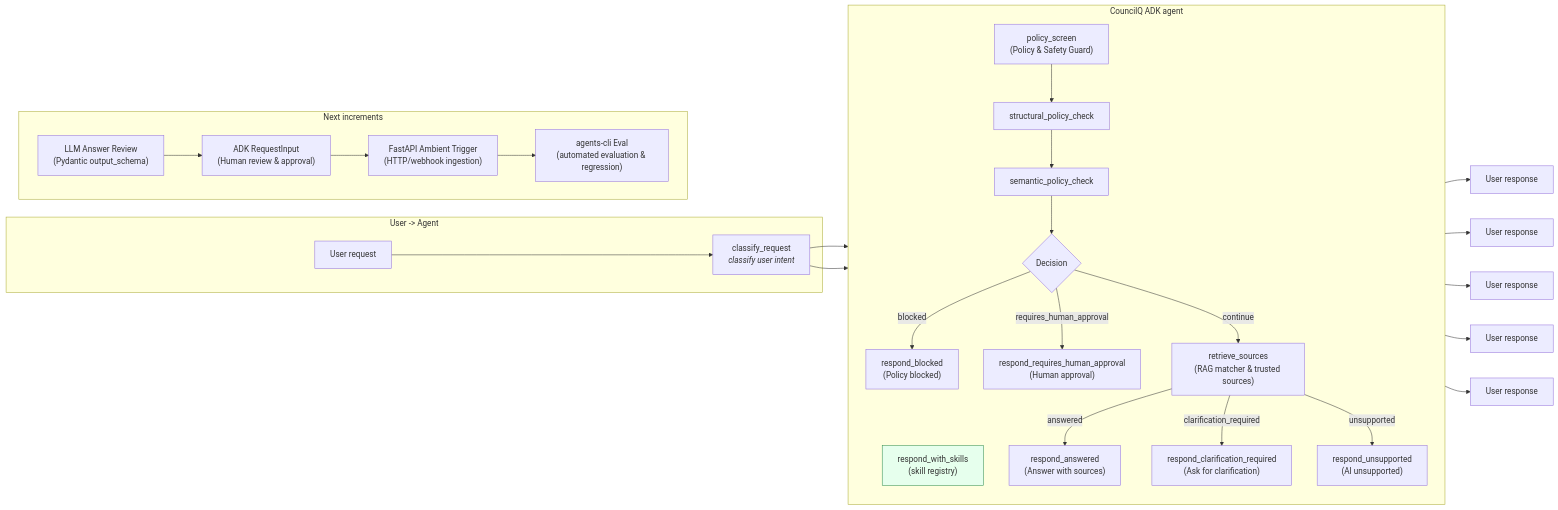
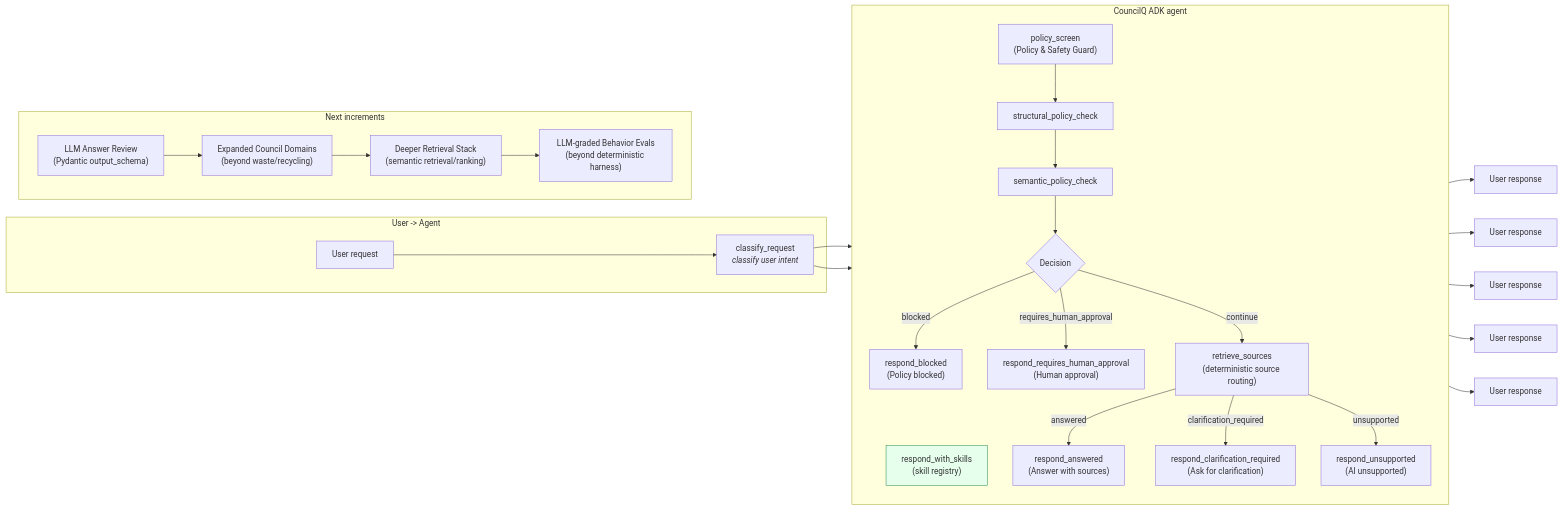
The diagram in docs/architecture.md (Ramisa1231/CouncilQ), drawn with Mermaid before and after one commit. The commit also changed other lines of this file and 19 other files, not shown here.

Commit message:
Implement MVP docs, eval harness, structured sources, live retrieval, and API

````diff
--- a/docs/architecture.md
+++ b/docs/architecture.md
@@ -5,45 +5,45 @@
  ```mermaid
  flowchart LR
    subgraph user_flow [User -> Agent]
      U["User request"] --> C[classify_request<br/><i>classify user intent</i>]
    end
 
    subgraph core_agent [CouncilQ ADK agent]
      direction TB
      C --> S["respond_with_skills<br/>(skill registry)"]
      C --> P["policy_screen<br/>(Policy & Safety Guard)"]
 
      P --> PS1["structural_policy_check"]
      PS1 --> PS2["semantic_policy_check"]
      PS2 --> DEC{"Decision"}
 
      DEC -->|blocked| RB["respond_blocked<br/>(Policy blocked)"]
      DEC -->|requires_human_approval| RH["respond_requires_human_approval<br/>(Human approval)"]
-     DEC -->|continue| RET["retrieve_sources<br/>(RAG matcher & trusted sources)"]
+     DEC -->|continue| RET["retrieve_sources<br/>(deterministic source routing)"]
 
      RET -->|answered| RA["respond_answered<br/>(Answer with sources)"]
      RET -->|clarification_required| RC["respond_clarification_required<br/>(Ask for clarification)"]
      RET -->|unsupported| RU["respond_unsupported<br/>(AI unsupported)"]
    end
 
    %% show connections to final responses
    RB --> OUT1["User response"]
    RH --> OUT2["User response"]
    RA --> OUT3["User response"]
    RC --> OUT4["User response"]
    RU --> OUT5["User response"]
 
    %% Skill hints / notes
    classDef skill fill:#e6ffed,stroke:#2d8a4d;
    class S skill
 
    %% Next increments (roadmap)
    subgraph next [Next increments]
      direction LR
      A1["LLM Answer Review<br/>(Pydantic output_schema)"]
-     A2["ADK RequestInput<br/>(Human review & approval)"]
-     A3["FastAPI Ambient Trigger<br/>(HTTP/webhook ingestion)"]
-     A4["agents-cli Eval<br/>(automated evaluation & regression)"]
+     A2["Expanded Council Domains<br/>(beyond waste/recycling)"]
+     A3["Deeper Retrieval Stack<br/>(semantic retrieval/ranking)"]
+     A4["LLM-graded Behavior Evals<br/>(beyond deterministic harness)"]
      A1 --> A2 --> A3 --> A4
    end
  ```
````
